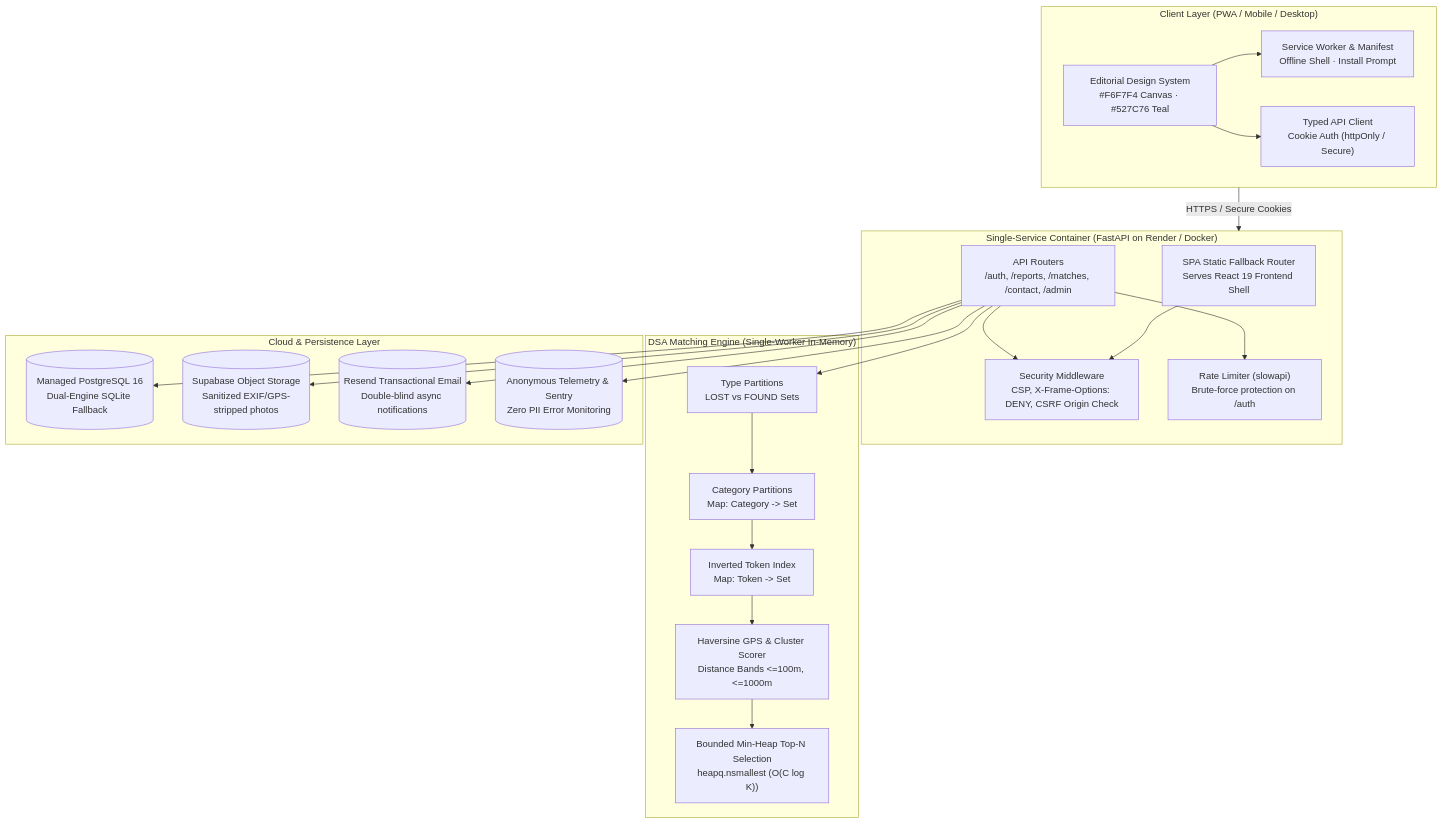
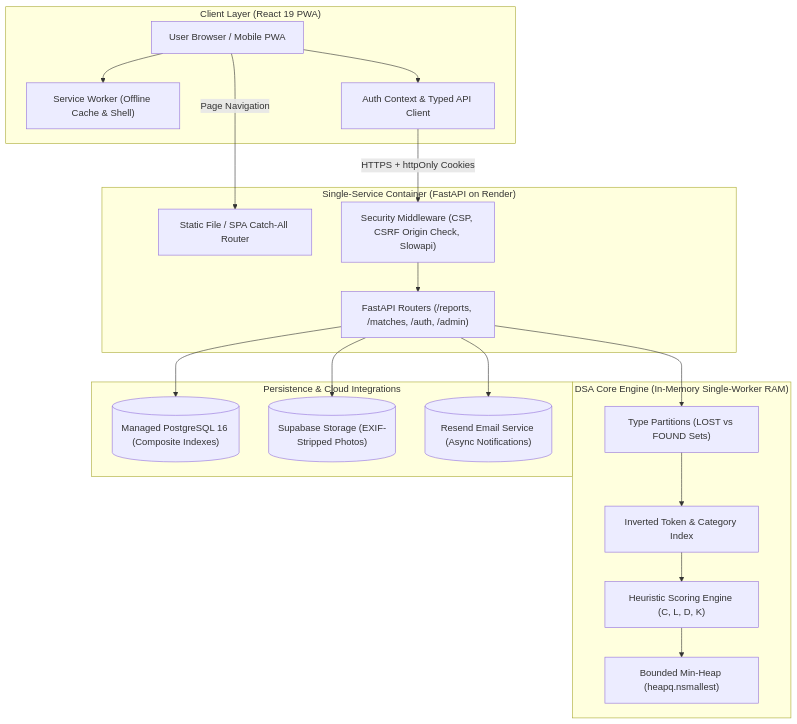
One commit to CyberFocus2410/LostLink changed the first of 2 diagrams in README.md. Above: the diagram before and after it, drawn with Mermaid. The commit also changed other lines of this file, not shown here.

Commit message:
docs: Update README with comprehensive architecture, DSA/OOP concepts, flowcharts, and setup guide

````diff
--- a/README.md
+++ b/README.md
@@ -21,49 +93,42 @@
 ```mermaid
-graph TD
-    subgraph Client ["Client Layer (PWA / Mobile / Desktop)"]
-        UI["Editorial Design System\n#F6F7F4 Canvas · #527C76 Teal"]
-        PWA["Service Worker & Manifest\nOffline Shell · Install Prompt"]
-        APIClient["Typed API Client\nCookie Auth (httpOnly / Secure)"]
-        UI --> PWA
-        UI --> APIClient
+flowchart TD
+    subgraph ClientLayer ["Client Layer (React 19 PWA)"]
+        UserBrowser["User Browser / Mobile PWA"]
+        ServiceWorker["Service Worker (Offline Cache & Shell)"]
+        ClientState["Auth Context & Typed API Client"]
+        UserBrowser --> ServiceWorker
+        UserBrowser --> ClientState
     end
 
-    subgraph ServiceLayer ["Single-Service Container (FastAPI on Render / Docker)"]
-        SPARouter["SPA Static Fallback Router\nServes React 19 Frontend Shell"]
-        APIRouter["API Routers\n/auth, /reports, /matches, /contact, /admin"]
-        SecurityMW["Security Middleware\nCSP, X-Frame-Options: DENY, CSRF Origin Check"]
-        RateLimiter["Rate Limiter (slowapi)\nBrute-force protection on /auth"]
+    subgraph ContainerService ["Single-Service Container (FastAPI on Render)"]
+        SPARouter["Static File / SPA Catch-All Router"]
+        AuthMW["Security Middleware (CSP, CSRF Origin Check, Slowapi)"]
+        APIRouters["FastAPI Routers (/reports, /matches, /auth, /admin)"]
         
-        SPARouter --> SecurityMW
-        APIRouter --> SecurityMW
-        APIRouter --> RateLimiter
+        ClientState -->|HTTPS + httpOnly Cookies| AuthMW
+        AuthMW --> APIRouters
+        UserBrowser -->|Page Navigation| SPARouter
     end
 
-    subgraph CoreEngine ["DSA Matching Engine (Single-Worker In-Memory)"]
-        TypeIdx["Type Partitions\nLOST vs FOUND Sets"]
-        CatIdx["Category Partitions\nMap: Category -> Set<ID>"]
-        TokenIdx["Inverted Token Index\nMap: Token -> Set<ID>"]
-        Haversine["Haversine GPS & Cluster Scorer\nDistance Bands <=100m, <=1000m"]
-        Heap["Bounded Min-Heap Top-N Selection\nheapq.nsmallest (O(C log K))"]
+    subgraph DSAEngine ["DSA Core Engine (In-Memory Single-Worker RAM)"]
+        TypeFilter["Type Partitions (LOST vs FOUND Sets)"]
+        InvertedIndex["Inverted Token & Category Index"]
+        Scorer["Heuristic Scoring Engine (C, L, D, K)"]
+        PriorityHeap["Bounded Min-Heap (heapq.nsmallest)"]
 
-        APIRouter --> TypeIdx
-        TypeIdx --> CatIdx
-        CatIdx --> TokenIdx
-        TokenIdx --> Haversine
-        Haversine --> Heap
+        APIRouters --> TypeFilter
+        TypeFilter --> InvertedIndex
+        InvertedIndex --> Scorer
+        Scorer --> PriorityHeap
     end
 
-    subgraph CloudServices ["Cloud & Persistence Layer"]
-        Postgres[(Managed PostgreSQL 16\nDual-Engine SQLite Fallback)]
-        Storage[(Supabase Object Storage\nSanitized EXIF/GPS-stripped photos)]
-        EmailSvc[("Resend Transactional Email\nDouble-blind async notifications")]
-        Telemetry[("Anonymous Telemetry & Sentry\nZero PII Error Monitoring")]
-
-        APIRouter --> Postgres
-        APIRouter --> Storage
-        APIRouter --> EmailSvc
-        APIRouter --> Telemetry
+    subgraph PersistenceLayer ["Persistence & Cloud Integrations"]
+        PostgresDB[("Managed PostgreSQL 16 (Composite Indexes)")]
+        SupabaseStorage[("Supabase Storage (EXIF-Stripped Photos)")]
+        ResendEmail[("Resend Email Service (Async Notifications)")]
+        
+        APIRouters --> PostgresDB
+        APIRouters --> SupabaseStorage
+        APIRouters --> ResendEmail
     end
-
-    Client -->|HTTPS / Secure Cookies| ServiceLayer
 ```
````
